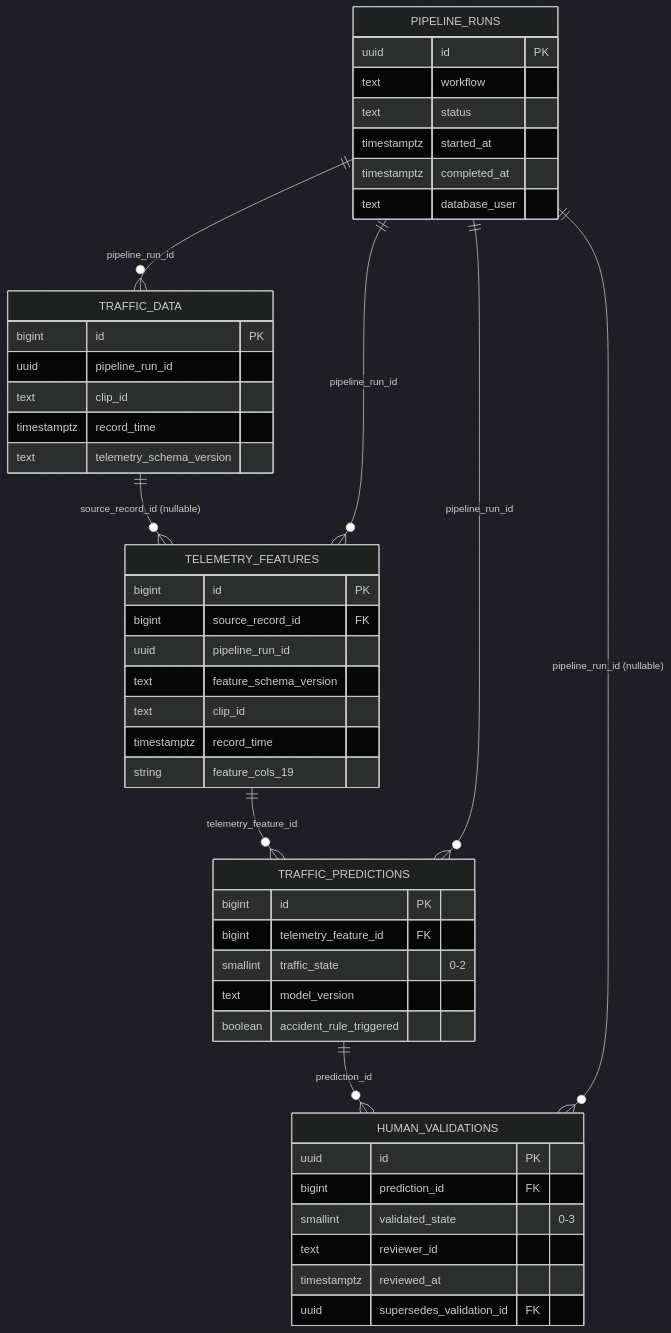
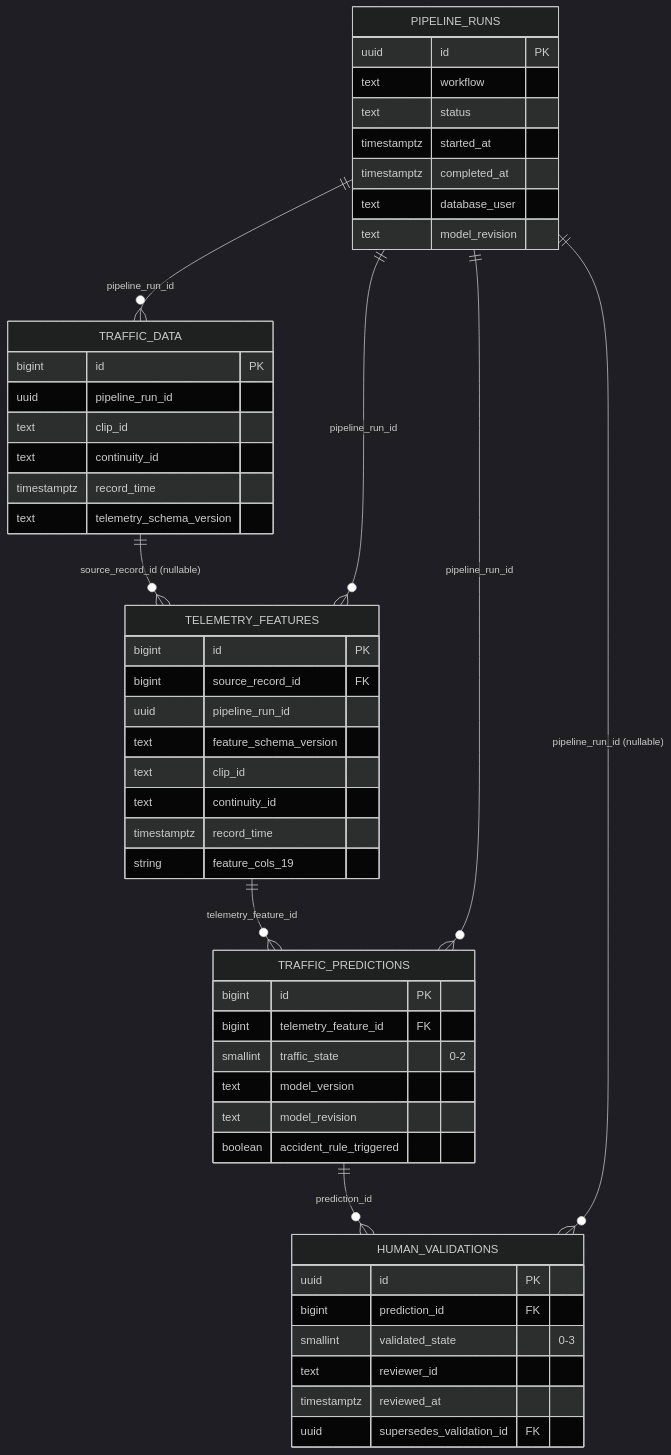
The diagram in docs/architecture/data-model.md (aka-titesen/vaaet), drawn with Mermaid (dark theme) before and after one commit. The commit also changed other lines of this file and 101 other files, not shown here.

````diff
--- a/docs/architecture/data-model.md
+++ b/docs/architecture/data-model.md
@@ -12,51 +13,55 @@
 ```mermaid
 erDiagram
     TRAFFIC_DATA ||--o{ TELEMETRY_FEATURES : "source_record_id (nullable)"
     TELEMETRY_FEATURES ||--o{ TRAFFIC_PREDICTIONS : "telemetry_feature_id"
     TRAFFIC_PREDICTIONS ||--o{ HUMAN_VALIDATIONS : "prediction_id"
     PIPELINE_RUNS ||--o{ TRAFFIC_DATA : "pipeline_run_id"
     PIPELINE_RUNS ||--o{ TELEMETRY_FEATURES : "pipeline_run_id"
     PIPELINE_RUNS ||--o{ TRAFFIC_PREDICTIONS : "pipeline_run_id"
     PIPELINE_RUNS ||--o{ HUMAN_VALIDATIONS : "pipeline_run_id (nullable)"
 
     PIPELINE_RUNS {
       uuid id PK
       text workflow
       text status
       timestamptz started_at
       timestamptz completed_at
       text database_user
+      text model_revision
     }
 
     TRAFFIC_DATA {
       bigint id PK
       uuid pipeline_run_id
       text clip_id
+      text continuity_id
       timestamptz record_time
       text telemetry_schema_version
     }
     TELEMETRY_FEATURES {
       bigint id PK
       bigint source_record_id FK
       uuid pipeline_run_id
       text feature_schema_version
       text clip_id
+      text continuity_id
       timestamptz record_time
       string feature_cols_19
     }
     TRAFFIC_PREDICTIONS {
       bigint id PK
       bigint telemetry_feature_id FK
       smallint traffic_state "0-2"
       text model_version
+      text model_revision
       boolean accident_rule_triggered
     }
     HUMAN_VALIDATIONS {
       uuid id PK
       bigint prediction_id FK
       smallint validated_state "0-3"
       text reviewer_id
       timestamptz reviewed_at
       uuid supersedes_validation_id FK
     }
 ```
````
